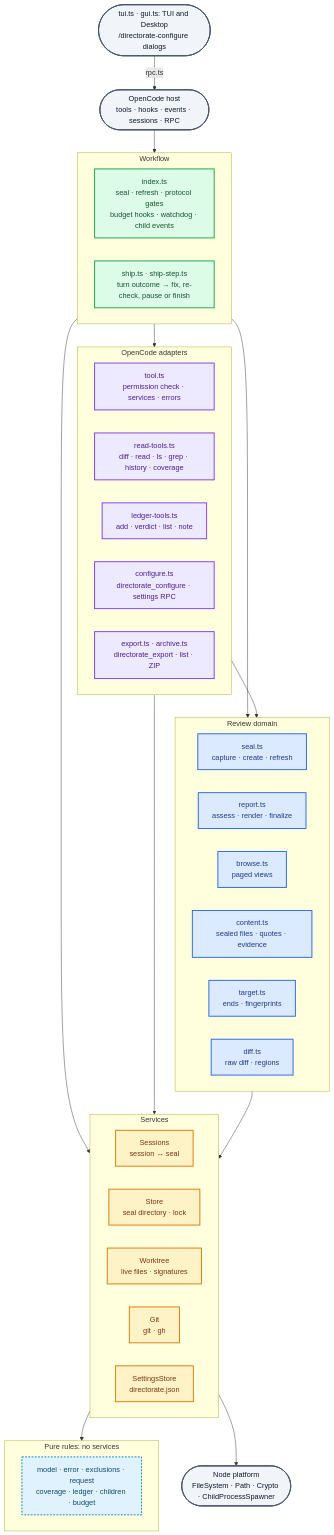
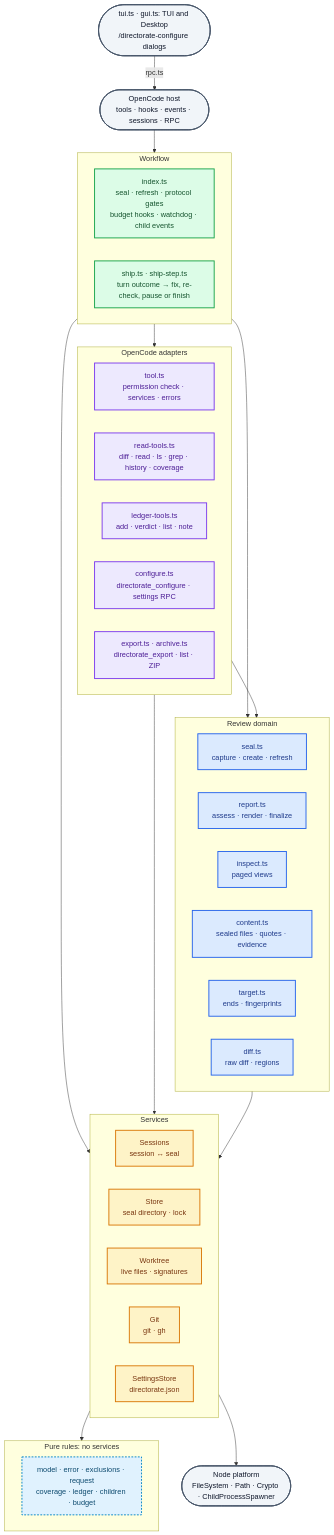
The seventh of 7 diagrams in packages/opencode-directorate/README.md (RyanCallahan312/directorate), drawn with Mermaid before and after one commit. The commit also changed 23 other files, not shown here.

````diff
--- a/packages/opencode-directorate/README.md
+++ b/packages/opencode-directorate/README.md
@@ -382,63 +382,63 @@
 ```mermaid
 flowchart TB
     tuiPart(["tui.ts · gui.ts: TUI and Desktop<br/>/directorate-configure dialogs"])
     host(["OpenCode host<br/>tools · hooks · events · sessions · RPC"])
 
     subgraph workflow["Workflow"]
         index["index.ts<br/>seal · refresh · protocol gates<br/>budget hooks · watchdog · child events"]
         ship["ship.ts · ship-step.ts<br/>turn outcome → fix, re-check, pause or finish"]
     end
 
     subgraph adapters["OpenCode adapters"]
         tool["tool.ts<br/>permission check · services · errors"]
         readTools["read-tools.ts<br/>diff · read · ls · grep · history · coverage"]
         ledgerTools["ledger-tools.ts<br/>add · verdict · list · note"]
         configure["configure.ts<br/>directorate_configure · settings RPC"]
         exportTool["export.ts · archive.ts<br/>directorate_export · list · ZIP"]
     end
 
     subgraph domain["Review domain"]
         seal["seal.ts<br/>capture · create · refresh"]
         report["report.ts<br/>assess · render · finalize"]
-        browse["browse.ts<br/>paged views"]
+        inspect["inspect.ts<br/>paged views"]
         content["content.ts<br/>sealed files · quotes · evidence"]
         target["target.ts<br/>ends · fingerprints"]
         diff["diff.ts<br/>raw diff · regions"]
     end
 
     subgraph services["Services"]
         sessions["Sessions<br/>session ↔ seal"]
         store["Store<br/>seal directory · lock"]
         worktree["Worktree<br/>live files · signatures"]
         git["Git<br/>git · gh"]
         settings["SettingsStore<br/>directorate.json"]
     end
 
     subgraph rules["Pure rules: no services"]
         pure["model · error · exclusions · request<br/>coverage · ledger · children · budget"]
     end
 
     node(["Node platform<br/>FileSystem · Path · Crypto · ChildProcessSpawner"])
 
     tuiPart -- "rpc.ts" --> host
     host --> workflow
     workflow --> adapters
     workflow & adapters --> domain
     workflow & adapters --> services
     domain --> services
     services --> rules & node
 
     classDef hostC fill:#f1f5f9,stroke:#475569,stroke-width:2px,color:#0f172a
     classDef flowC fill:#dcfce7,stroke:#16a34a,stroke-width:2px,color:#14532d
     classDef adaptC fill:#ede9fe,stroke:#7c3aed,stroke-width:2px,color:#4c1d95
     classDef domainC fill:#dbeafe,stroke:#2563eb,stroke-width:2px,color:#1e3a8a
     classDef pureC fill:#e0f2fe,stroke:#0284c7,stroke-width:2px,stroke-dasharray:4 3,color:#0c4a6e
     classDef svcC fill:#fef3c7,stroke:#d97706,stroke-width:2px,color:#78350f
 
     class tuiPart,host,node hostC
     class index,ship flowC
     class tool,readTools,ledgerTools,configure,exportTool adaptC
-    class seal,report,browse,content,target,diff domainC
+    class seal,report,inspect,content,target,diff domainC
     class pure pureC
     class sessions,store,worktree,git,settings svcC
 ```
````
